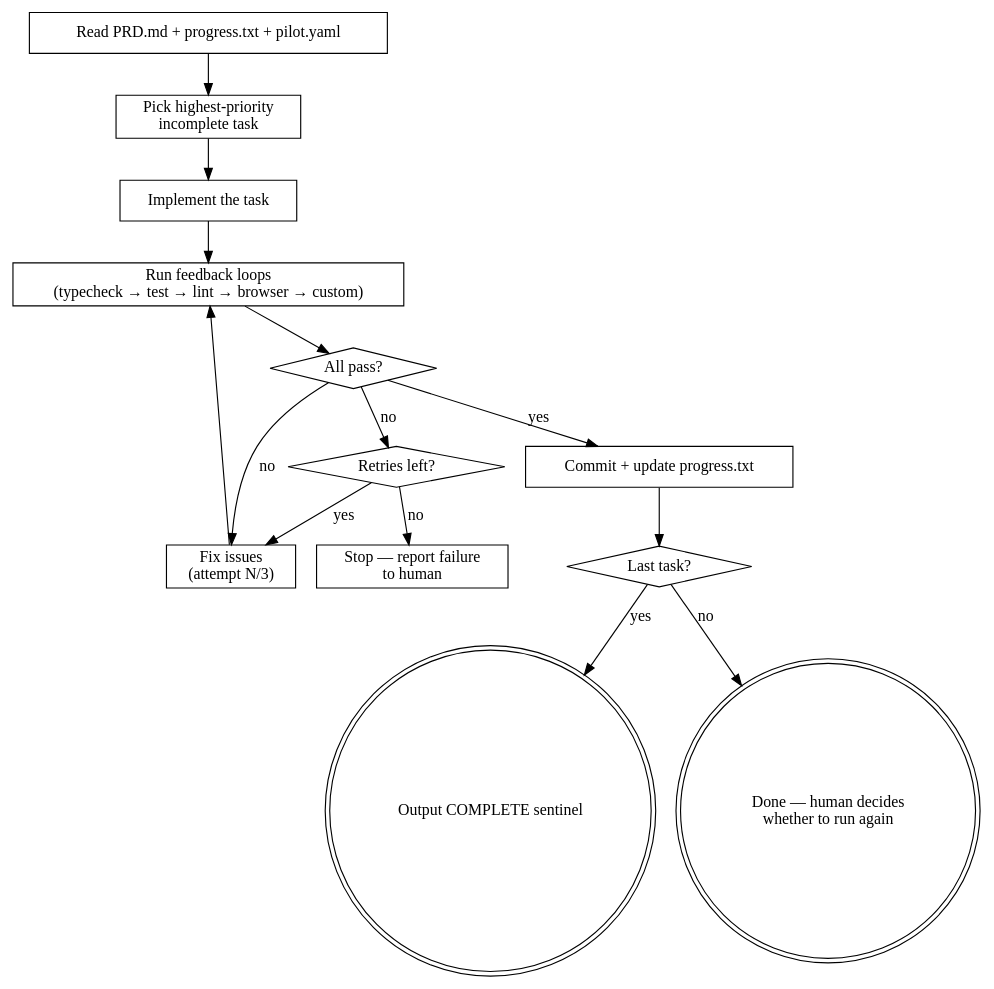
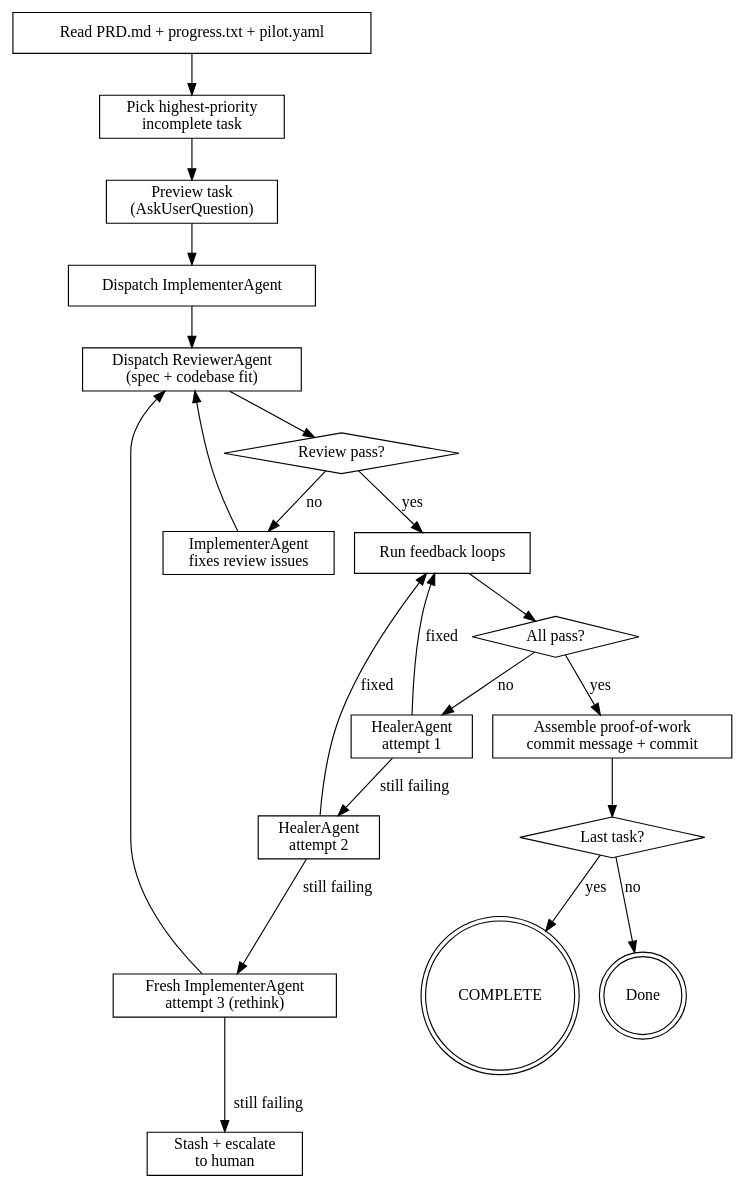
One commit to crisner1978/pilot changed the diagram in skills/run/SKILL.md. Above: the diagram before and after it, drawn with Graphviz. The commit also changed other lines of this file, not shown here.

Commit message:
feat: refactor run skill into orchestrator — Implementer, Reviewer, Healer agents

````diff
--- a/skills/run/SKILL.md
+++ b/skills/run/SKILL.md
@@ -23,30 +23,42 @@
 ```dot
 digraph run {
     read [label="Read PRD.md + progress.txt + pilot.yaml", shape=box];
     pick [label="Pick highest-priority\nincomplete task", shape=box];
-    implement [label="Implement the task", shape=box];
-    feedback [label="Run feedback loops\n(typecheck → test → lint → browser → custom)", shape=box];
+    preview [label="Preview task\n(AskUserQuestion)", shape=box];
+    implementer [label="Dispatch ImplementerAgent", shape=box];
+    reviewer [label="Dispatch ReviewerAgent\n(spec + codebase fit)", shape=box];
+    review_pass [label="Review pass?", shape=diamond];
+    fix_review [label="ImplementerAgent\nfixes review issues", shape=box];
+    feedback [label="Run feedback loops", shape=box];
     pass [label="All pass?", shape=diamond];
-    commit [label="Commit + update progress.txt", shape=box];
-    retry [label="Fix issues\n(attempt N/3)", shape=box];
-    retries_left [label="Retries left?", shape=diamond];
-    escalate [label="Stop — report failure\nto human", shape=box];
+    commit [label="Assemble proof-of-work\ncommit message + commit", shape=box];
+    healer1 [label="HealerAgent\nattempt 1", shape=box];
+    healer2 [label="HealerAgent\nattempt 2", shape=box];
+    rethink [label="Fresh ImplementerAgent\nattempt 3 (rethink)", shape=box];
+    escalate [label="Stash + escalate\nto human", shape=box];
     done [label="Last task?", shape=diamond];
-    complete [label="Output COMPLETE sentinel", shape=doublecircle];
-    finished [label="Done — human decides\nwhether to run again", shape=doublecircle];
+    complete [label="COMPLETE", shape=doublecircle];
+    finished [label="Done", shape=doublecircle];
 
     read -> pick;
-    pick -> implement;
-    implement -> feedback;
+    pick -> preview;
+    preview -> implementer;
+    implementer -> reviewer;
+    reviewer -> review_pass;
+    review_pass -> feedback [label="yes"];
+    review_pass -> fix_review [label="no"];
+    fix_review -> reviewer;
     feedback -> pass;
     pass -> commit [label="yes"];
-    pass -> retry [label="no"];
-    retry -> feedback;
-    retries_left -> retry [label="yes"];
-    retries_left -> escalate [label="no"];
-    pass -> retries_left [label="no"];
+    pass -> healer1 [label="no"];
+    healer1 -> feedback [label="fixed"];
+    healer1 -> healer2 [label="still failing"];
+    healer2 -> feedback [label="fixed"];
+    healer2 -> rethink [label="still failing"];
+    rethink -> reviewer;
+    rethink -> escalate [label="still failing"];
     commit -> done;
     done -> complete [label="yes"];
     done -> finished [label="no"];
 }
 ```
````
